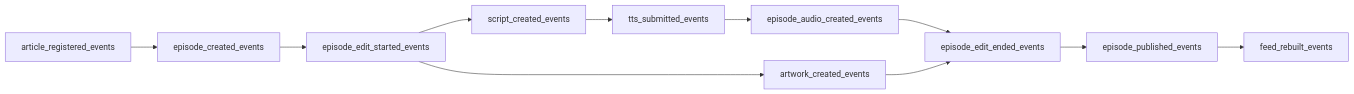
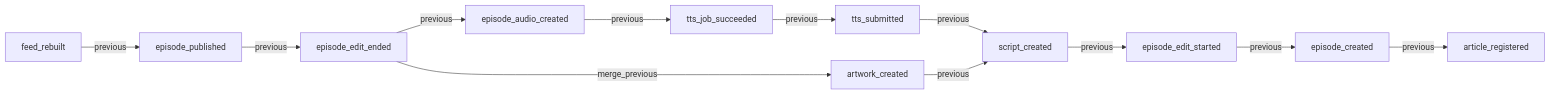
Before and after one commit to hskksk/podcaster: the second of 2 diagrams in docs/architecture/podcast-craft-domain-events.md, drawn with Mermaid. The commit also changed other lines of this file and 1 other file, not shown here.

Commit message:
docs(architecture): store event chain as previous links on each event row

````diff
--- a/docs/architecture/podcast-craft-domain-events.md
+++ b/docs/architecture/podcast-craft-domain-events.md
@@ -156,24 +101,26 @@
 ```mermaid
 flowchart LR
-  AR[article_registered_events]
-  EC[episode_created_events]
-  EES[episode_edit_started_events]
-  SC[script_created_events]
-  TS[tts_submitted_events]
-  EAC[episode_audio_created_events]
-  AC[artwork_created_events]
-  EEE[episode_edit_ended_events]
-  EP[episode_published_events]
-  FR[feed_rebuilt_events]
+  AR[article_registered]
+  EC[episode_created]
+  EES[episode_edit_started]
+  SC[script_created]
+  TS[tts_submitted]
+  TJS[tts_job_succeeded]
+  EAC[episode_audio_created]
+  AC[artwork_created]
+  EEE[episode_edit_ended]
+  EP[episode_published]
+  FR[feed_rebuilt]
 
-  AR --> EC
-  EC --> EES
-  EES --> SC
-  SC --> TS
-  TS --> EAC
-  EES --> AC
-  EAC --> EEE
-  AC --> EEE
-  EEE --> EP
-  EP --> FR
+  EC -->|previous| AR
+  EES -->|previous| EC
+  SC -->|previous| EES
+  TS -->|previous| SC
+  TJS -->|previous| TS
+  EAC -->|previous| TJS
+  AC -->|previous| SC
+  EEE -->|previous| EAC
+  EEE -->|merge_previous| AC
+  EP -->|previous| EEE
+  FR -->|previous| EP
 ```
````
